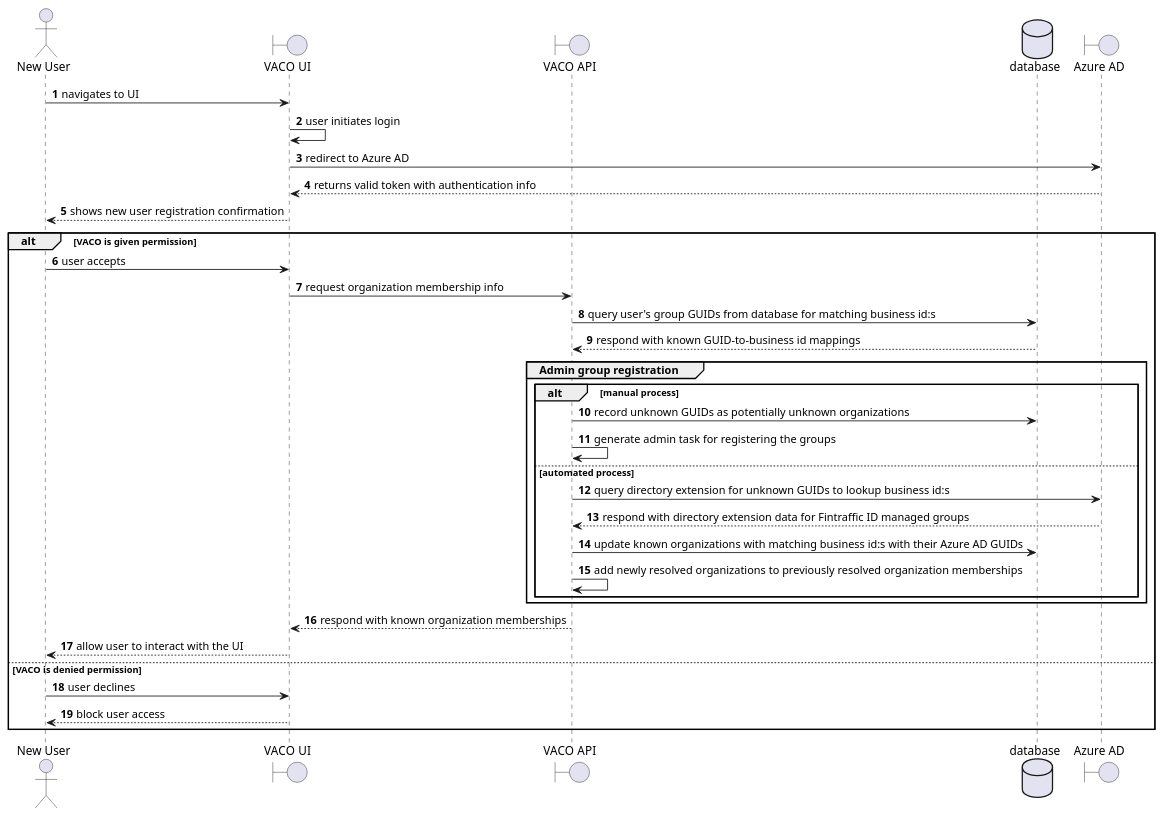
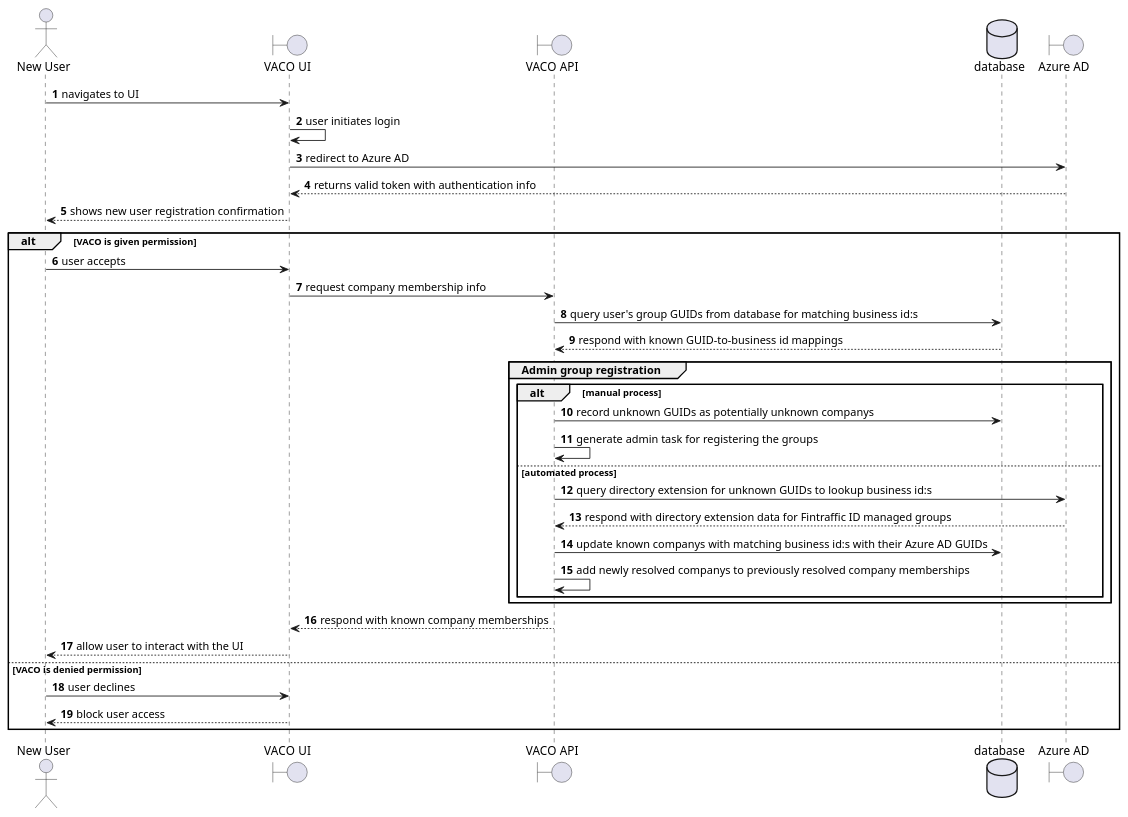
The diagram in architecture/user_detection_flow.puml (tmfg/digitraffic-tis-utilities), drawn with PlantUML before and after one commit.

Commit message:
rename organization to company to avoid confusion with FID domain model

```diff
--- a/architecture/user_detection_flow.puml
+++ b/architecture/user_detection_flow.puml
@@ -1,47 +1,47 @@
 @startuml
 'https://plantuml.com/sequence-diagram
 
 autonumber
 
 actor "New User"
 boundary "VACO UI"
 boundary "VACO API"
 database "database"
 boundary "Azure AD"
 
 "New User" -> "VACO UI" : navigates to UI
 "VACO UI" -> "VACO UI" : user initiates login
 "VACO UI" -> "Azure AD" : redirect to Azure AD
 "Azure AD" --> "VACO UI" : returns valid token with authentication info
 "VACO UI" --> "New User" : shows new user registration confirmation
 
 alt VACO is given permission
 
     "New User" -> "VACO UI" : user accepts
-    "VACO UI" -> "VACO API" : request organization membership info
+    "VACO UI" -> "VACO API" : request company membership info
     "VACO API" -> "database" : query user's group GUIDs from database for matching business id:s
     "database" --> "VACO API" : respond with known GUID-to-business id mappings
 
     group Admin group registration
         alt manual process
-            "VACO API" -> "database" : record unknown GUIDs as potentially unknown organizations
+            "VACO API" -> "database" : record unknown GUIDs as potentially unknown companys
             "VACO API" -> "VACO API" : generate admin task for registering the groups
         else automated process
             "VACO API" -> "Azure AD" : query directory extension for unknown GUIDs to lookup business id:s
             "Azure AD" --> "VACO API" : respond with directory extension data for Fintraffic ID managed groups
-            "VACO API" -> "database" : update known organizations with matching business id:s with their Azure AD GUIDs
-            "VACO API" -> "VACO API" : add newly resolved organizations to previously resolved organization memberships
+            "VACO API" -> "database" : update known companys with matching business id:s with their Azure AD GUIDs
+            "VACO API" -> "VACO API" : add newly resolved companys to previously resolved company memberships
         end
     end
 
-    "VACO API" --> "VACO UI" : respond with known organization memberships
+    "VACO API" --> "VACO UI" : respond with known company memberships
     "VACO UI" --> "New User" : allow user to interact with the UI
 
 else VACO is denied permission
 
     "New User" -> "VACO UI" : user declines
     "VACO UI" --> "New User" : block user access
 
 end
 
 @enduml
```
